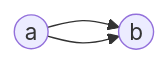
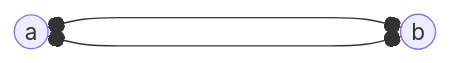
One commit to pink10000/notes changed the diagram in graph_theory/topics/ch1-introduction/Multigraph.md. Above: the diagram before and after it, drawn with Mermaid. The commit also changed 4 other files, not shown here.

Commit message:
use mermaid, add disclaimer, test external embed + resizing

````diff
--- a/graph_theory/topics/ch1-introduction/Multigraph.md
+++ b/graph_theory/topics/ch1-introduction/Multigraph.md
@@ -7,5 +7,5 @@
 ```mermaid
 graph LR
-    a((a)) --> v2((b));
-    a((a)) --> v2((b));
+    a((a)) o------o v2((b));
+    a((a)) o--o v2((b));
 ```
````
